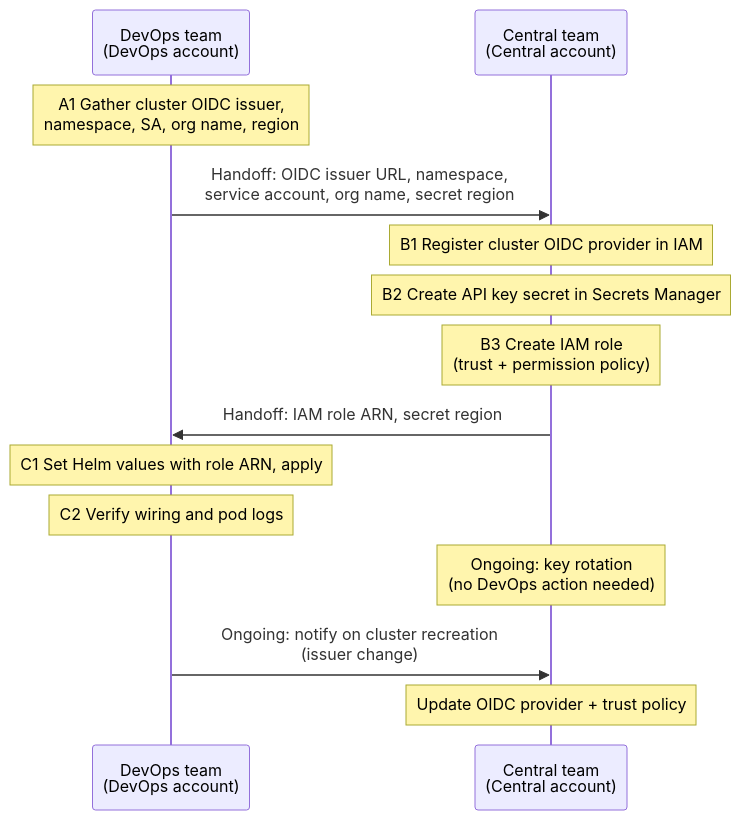
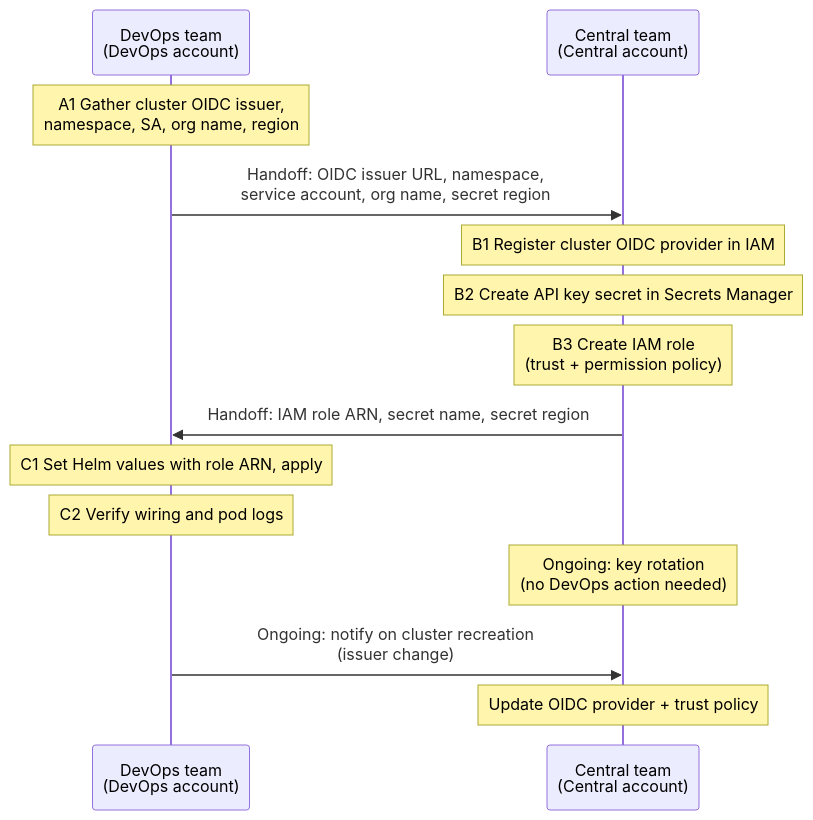
One commit to step-security/gha-runner-job-hooks-keyless changed the second of 5 diagrams in docs/k8s-keyless-mode-customer-setup.md. Above: the diagram before and after it, drawn with Mermaid. The commit also changed other lines of this file, not shown here.

First line of the commit message:
feat: add support for Artifactory-based reader role for ARC agent

````diff
--- a/docs/k8s-keyless-mode-customer-setup.md
+++ b/docs/k8s-keyless-mode-customer-setup.md
@@ -201,18 +209,18 @@
 ```mermaid
 sequenceDiagram
     participant D as DevOps team<br/>(DevOps account)
     participant C as Central team<br/>(Central account)
 
     Note over D: A1 Gather cluster OIDC issuer,<br/>namespace, SA, org name, region
     D->>C: Handoff: OIDC issuer URL, namespace,<br/>service account, org name, secret region
     Note over C: B1 Register cluster OIDC provider in IAM
     Note over C: B2 Create API key secret in Secrets Manager
     Note over C: B3 Create IAM role<br/>(trust + permission policy)
-    C->>D: Handoff: IAM role ARN, secret region
+    C->>D: Handoff: IAM role ARN, secret name, secret region
     Note over D: C1 Set Helm values with role ARN, apply
     Note over D: C2 Verify wiring and pod logs
 
     Note over C: Ongoing: key rotation<br/>(no DevOps action needed)
     D->>C: Ongoing: notify on cluster recreation<br/>(issuer change)
     Note over C: Update OIDC provider + trust policy
 ```
````
